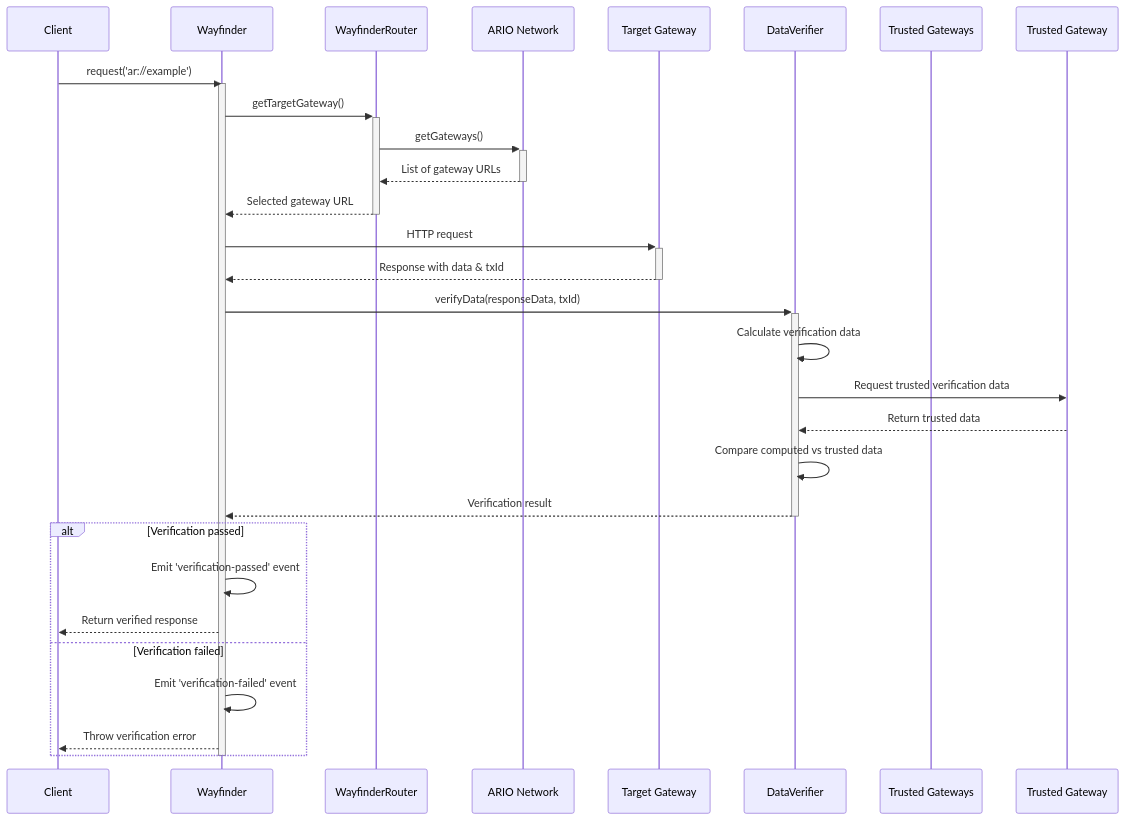
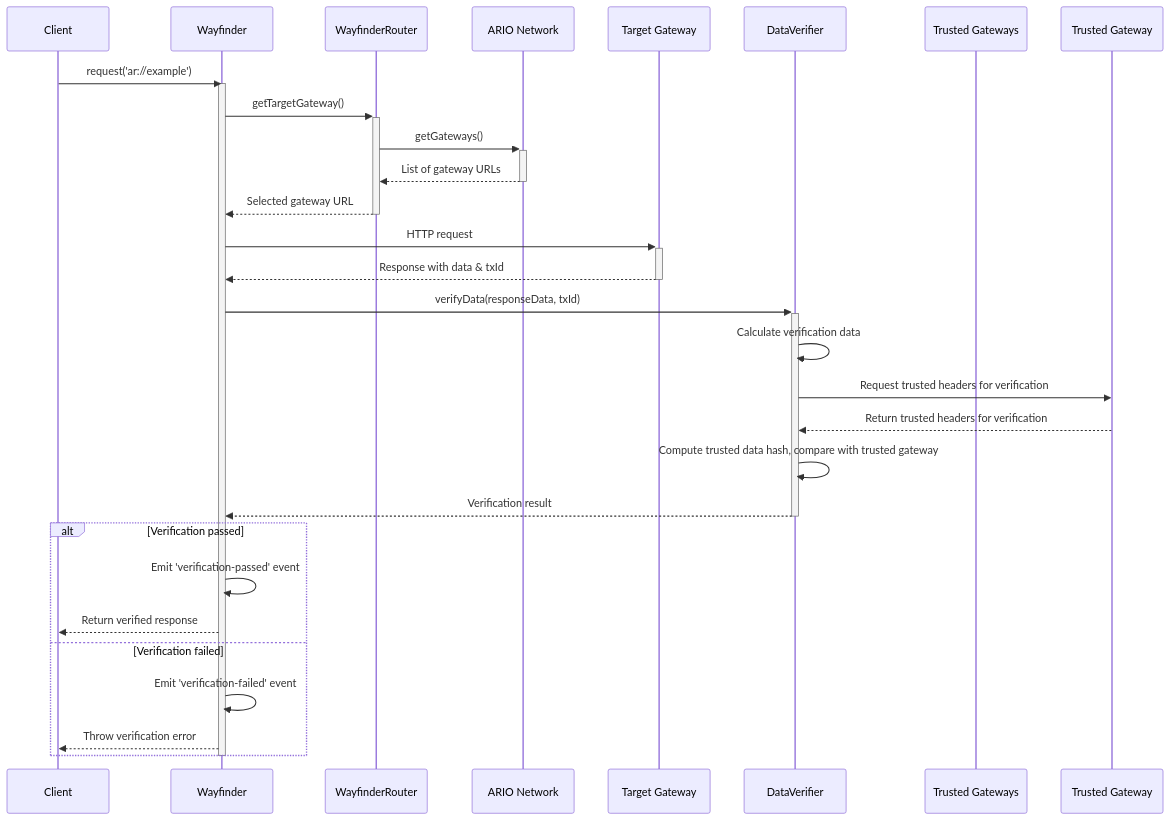
Before and after one commit to ar-io/ar-io-sdk: the diagram in WAYFINDER.md, drawn with Mermaid.

Commit message:
chore(docs): update WAYFINDER.md sequence diagram

````diff
--- a/WAYFINDER.md
+++ b/WAYFINDER.md
@@ -215,38 +215,38 @@
 ```mermaid
 sequenceDiagram
     participant Client
     participant Wayfinder
     participant WayfinderRouter
     participant ARIO Network
     participant Target Gateway
     participant DataVerifier
     participant Trusted Gateways
 
     Client->>Wayfinder: request('ar://example')
     activate Wayfinder
 
     Wayfinder->>+WayfinderRouter: getTargetGateway()
     WayfinderRouter->>+ARIO Network: getGateways()
     ARIO Network-->>-WayfinderRouter: List of gateway URLs
     WayfinderRouter-->>-Wayfinder: Selected gateway URL
 
     Wayfinder->>+Target Gateway: HTTP request
     Target Gateway-->>-Wayfinder: Response with data & txId
 
     Wayfinder->>+DataVerifier: verifyData(responseData, txId)
     DataVerifier->>DataVerifier: Calculate verification data
-    DataVerifier->>Trusted Gateway: Request trusted verification data
-    Trusted Gateway-->>DataVerifier: Return trusted data
-    DataVerifier->>DataVerifier: Compare computed vs trusted data
+    DataVerifier->>Trusted Gateway: Request trusted headers for verification
+    Trusted Gateway-->>DataVerifier: Return trusted headers for verification
+    DataVerifier->>DataVerifier: Compute trusted data hash, compare with trusted gateway
     DataVerifier-->>-Wayfinder: Verification result
 
     alt Verification passed
         Wayfinder->>Wayfinder: Emit 'verification-passed' event
         Wayfinder-->>Client: Return verified response
     else Verification failed
         Wayfinder->>Wayfinder: Emit 'verification-failed' event
         Wayfinder-->>Client: Throw verification error
     end
 
     deactivate Wayfinder
 ```
````
